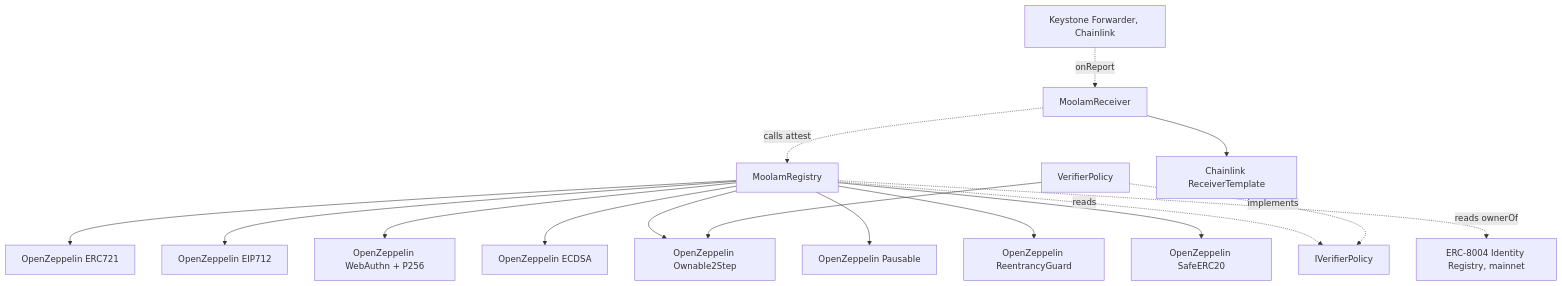
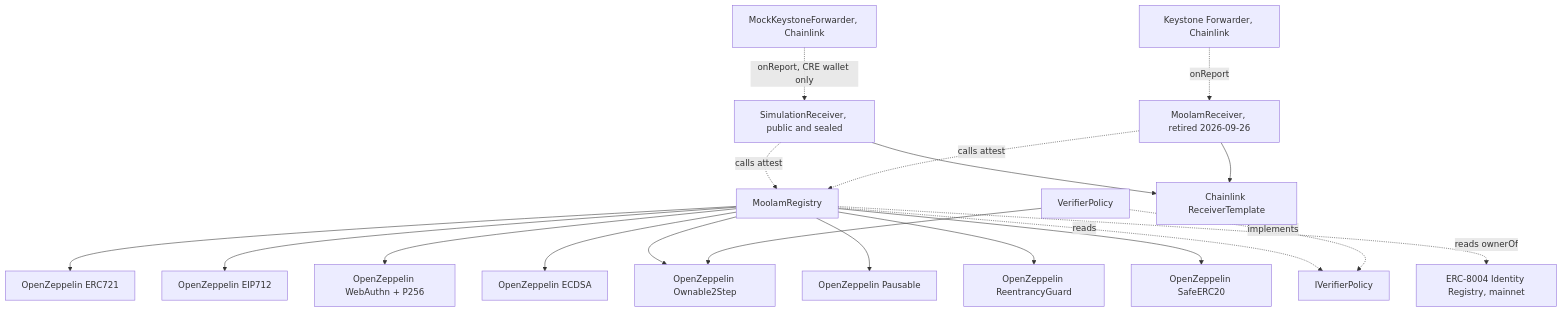
Before and after one commit to ramakrishnanhulk20/Moolam: the third of 3 diagrams in ARCHITECTURE.md, drawn with Mermaid. The commit also changed other lines of this file and 14 other files, not shown here.

````diff
--- a/ARCHITECTURE.md
+++ b/ARCHITECTURE.md
@@ -91,18 +100,21 @@
 ```mermaid
 flowchart TD
     MR[MoolamRegistry] --> ERC721[OpenZeppelin ERC721]
     MR --> EIP712[OpenZeppelin EIP712]
     MR --> WA[OpenZeppelin WebAuthn + P256]
     MR --> ECDSA[OpenZeppelin ECDSA]
     MR --> O2[OpenZeppelin Ownable2Step]
     MR --> PA[OpenZeppelin Pausable]
     MR --> RG[OpenZeppelin ReentrancyGuard]
     MR --> SE[OpenZeppelin SafeERC20]
     MR -. reads .-> IVP[IVerifierPolicy]
     MR -. reads ownerOf .-> I8[ERC-8004 Identity Registry, mainnet]
     VP[VerifierPolicy] --> O2
     VP -. implements .-> IVP
-    RC[MoolamReceiver] --> RT[Chainlink ReceiverTemplate]
+    SR[SimulationReceiver, public and sealed] --> RT[Chainlink ReceiverTemplate]
+    SR -. calls attest .-> MR
+    MF[MockKeystoneForwarder, Chainlink] -. onReport, CRE wallet only .-> SR
+    RC[MoolamReceiver, retired 2026-09-26] --> RT
     RC -. calls attest .-> MR
     FW[Keystone Forwarder, Chainlink] -. onReport .-> RC
 ```
````
